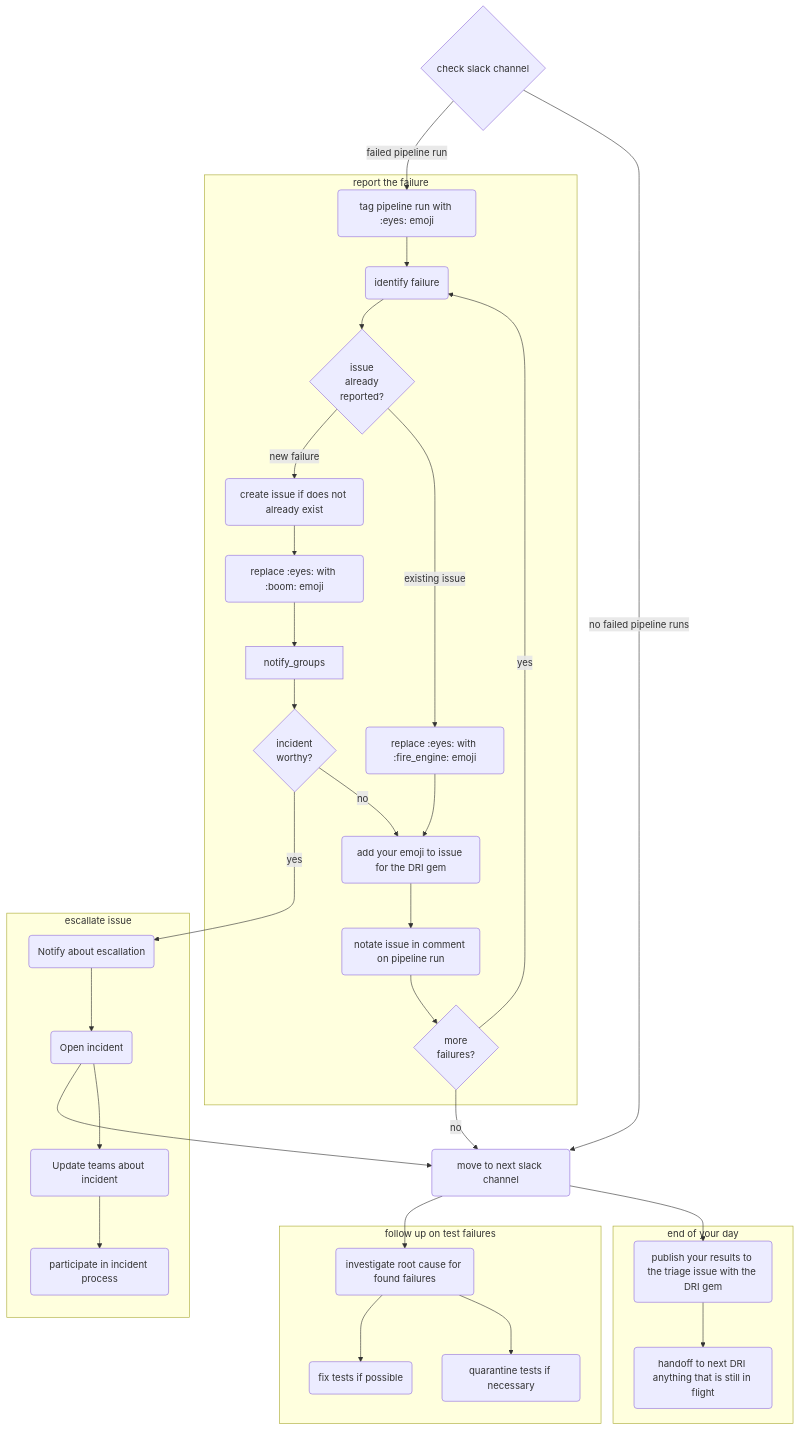
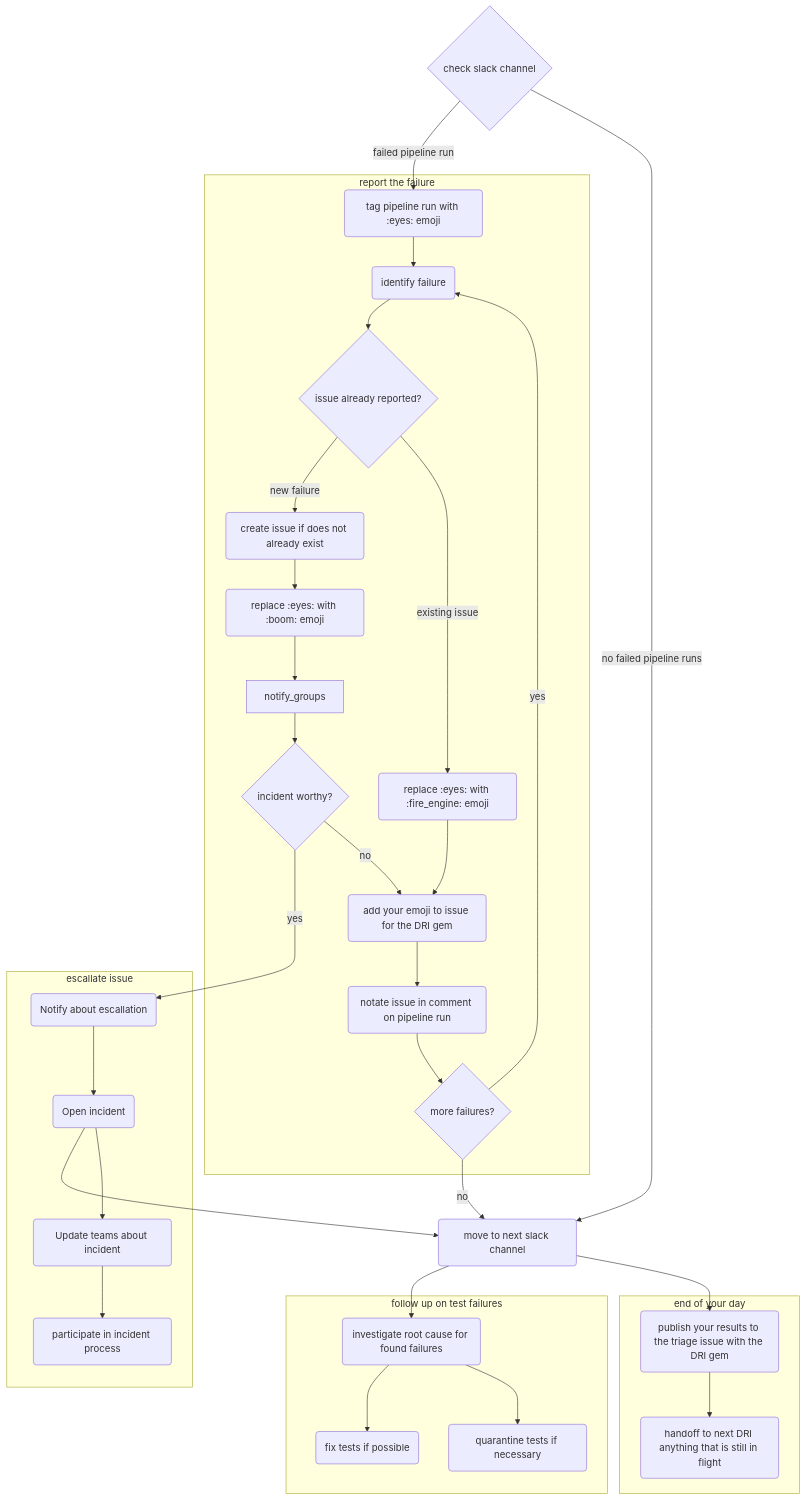
Before and after one commit to zalyoung/gitlab-handbook: the diagram in content/handbook/engineering/testing/pipeline-triage.md, drawn with Mermaid.

Commit message:
Removing new line characters

```diff
--- a/content/handbook/engineering/testing/pipeline-triage.md
+++ b/content/handbook/engineering/testing/pipeline-triage.md
@@ -38,17 +38,17 @@
         slack_channels{check slack channel}
         next_channel(move to next slack channel)
         failed_pipeline(identify failure)
-        existing_issue{issue\nalready\nreported?}
+        existing_issue{issue already reported?}
         new_issue(create issue if does not already exist)
         tag_pipeline(notate issue in comment on pipeline run)
-        incident{incident\nworthy?}
+        incident{incident worthy?}
         notify_incident(Notify about escallation)
         open_incident(Open incident)
         update_incident(Update teams about incident)
         eyes(tag pipeline run with :eyes: emoji)
         fire_engine(replace :eyes: with :fire_engine: emoji)
         boom(replace :eyes: with :boom: emoji)
-        another_failure{more\nfailures?}
+        another_failure{more failures?}
         investigate(investigate root cause for found failures)
         fix_tests(fix tests if possible)
         quarantine_tests(quarantine tests if necessary)
```
